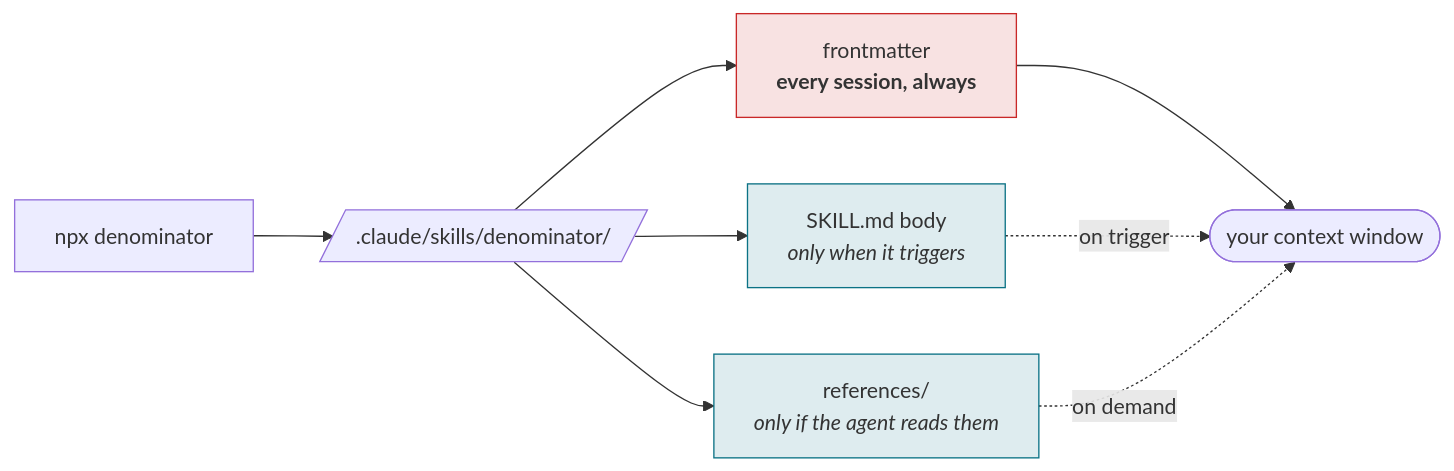
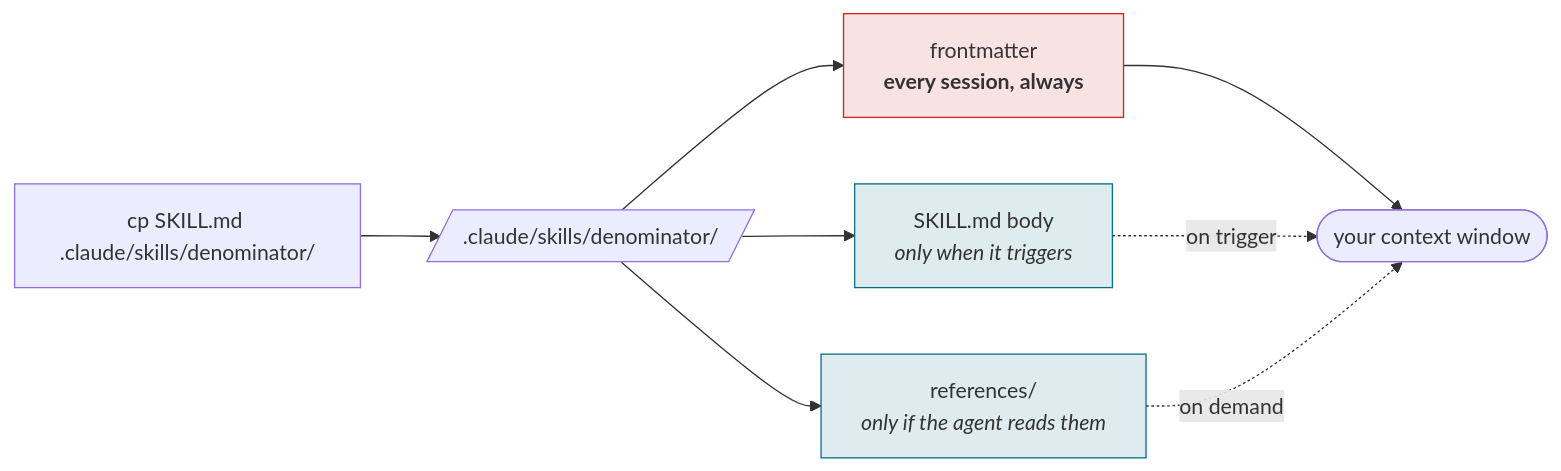
One commit to efaimo-ai/denominator changed the fourth of 5 diagrams in README.md. Above: the diagram before and after it, drawn with Mermaid. The commit also changed other lines of this file and 2 other files, not shown here.

````diff
--- a/README.md
+++ b/README.md
@@ -371,14 +383,14 @@
 ```mermaid
 flowchart LR
-    N["npx denominator"] --> D[/".claude/skills/denominator/"/]
+    N["cp SKILL.md .claude/skills/denominator/"] --> D[/".claude/skills/denominator/"/]
     D --> M["frontmatter<br/><b>every session, always</b>"]
     D --> B["SKILL.md body<br/><i>only when it triggers</i>"]
     D --> R["references/<br/><i>only if the agent reads them</i>"]
     M --> S(["your context window"])
     B -.->|"on trigger"| S
     R -.->|"on demand"| S
     classDef always fill:#c9282822,stroke:#c92828,stroke-width:1px;
     classDef lazy fill:#0b728522,stroke:#0b7285,stroke-width:1px;
     class M always;
     class B,R lazy;
 ```
````
